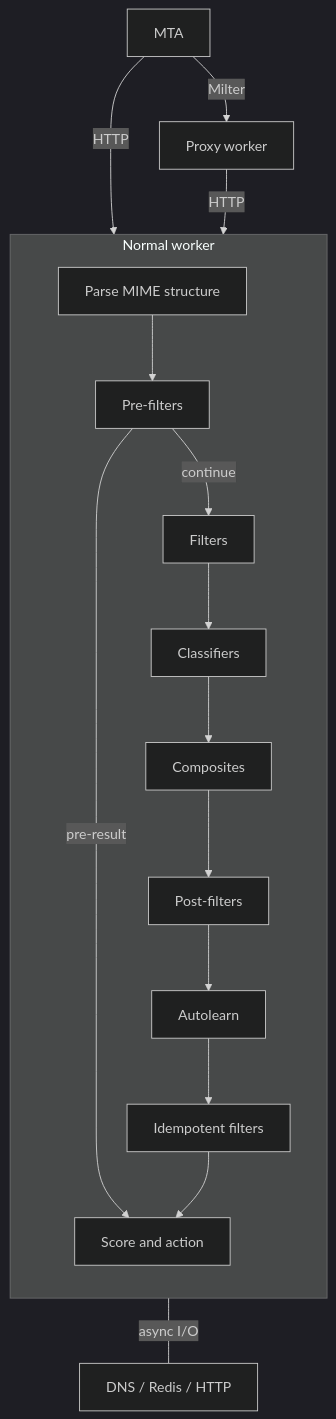
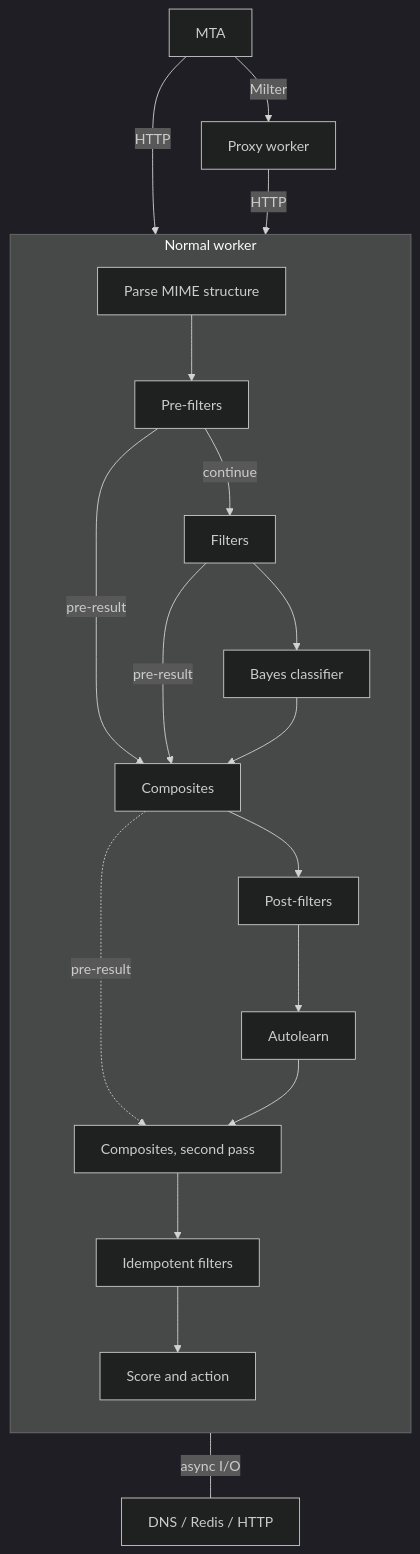
The diagram in docs/getting-started/understanding-rspamd.md (rspamd/docs.rspamd.com), drawn with Mermaid (dark theme) before and after one commit. The commit also changed other lines of this file and 5 other files, not shown here.

````diff
--- a/docs/getting-started/understanding-rspamd.md
+++ b/docs/getting-started/understanding-rspamd.md
@@ -35,21 +34,24 @@
 ```mermaid
 flowchart TD
     MTA[MTA] -->|Milter| Proxy[Proxy worker]
     MTA -->|HTTP| NW
     Proxy -->|HTTP| NW
 
     subgraph NW[Normal worker]
         direction TB
         A[Parse MIME structure] --> B[Pre-filters]
-        B -->|pre-result| Reply
+        B -->|pre-result| E
         B -->|continue| C[Filters]
-        C --> D[Classifiers]
+        C -->|pre-result| E
+        C --> D[Bayes classifier]
         D --> E[Composites]
         E --> F[Post-filters]
+        E -.->|pre-result| E2
         F --> G[Autolearn]
-        G --> H[Idempotent filters]
+        G --> E2[Composites, second pass]
+        E2 --> H[Idempotent filters]
         H --> Reply[Score and action]
     end
 
     C ---|async I/O| Ext[DNS / Redis / HTTP]
 ```
````
